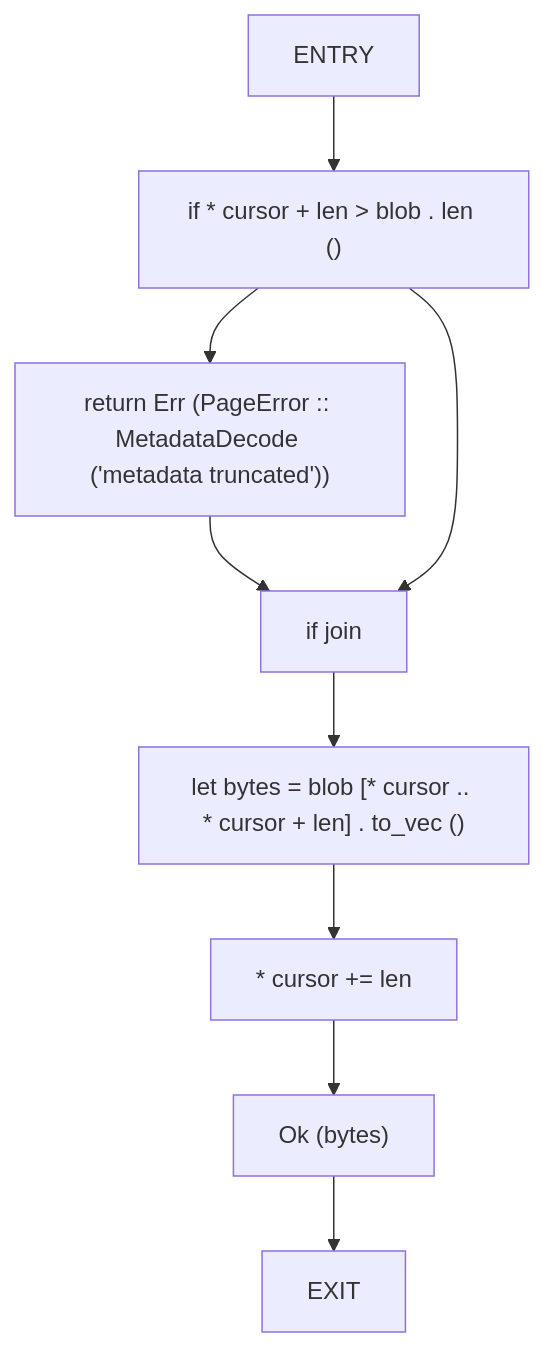
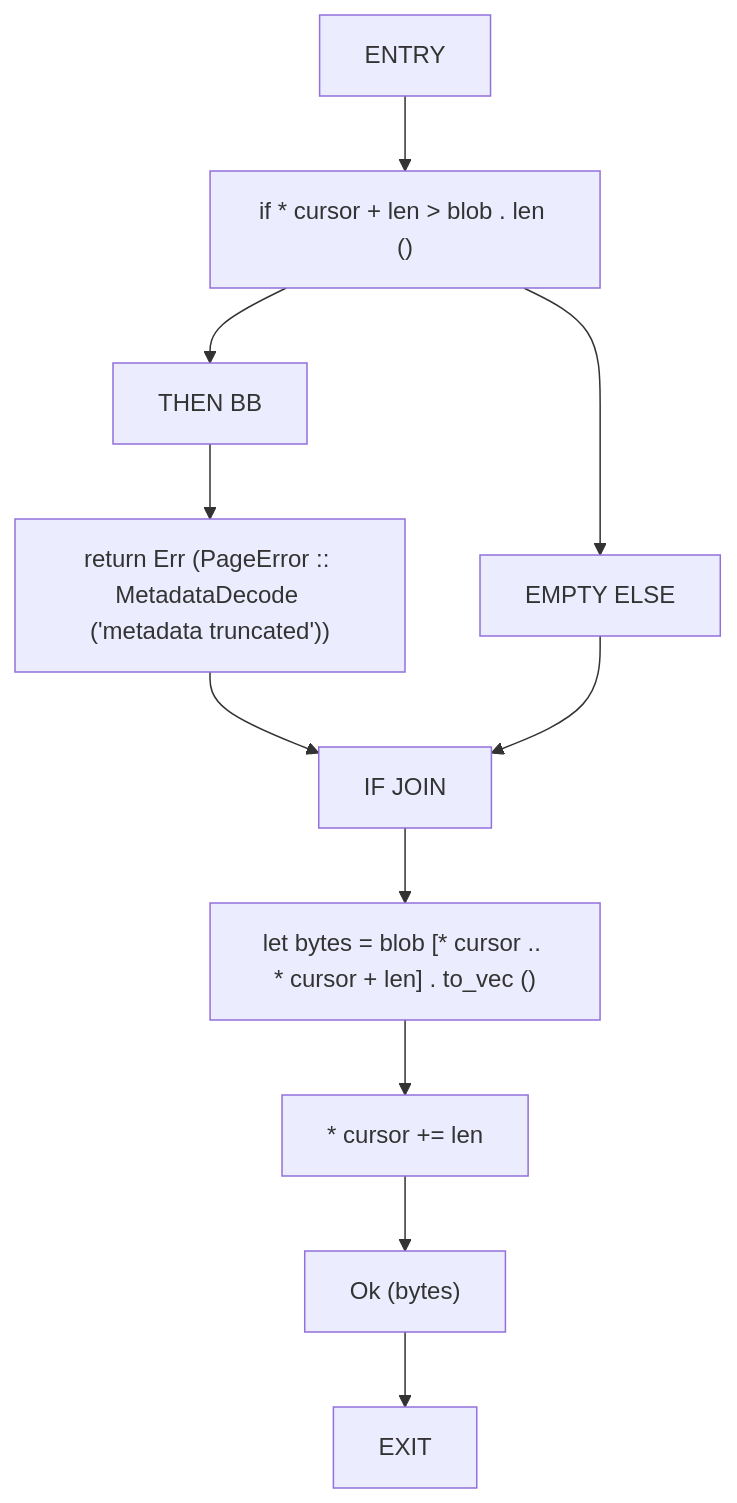
Diagram 24 of 40 in docs/analysis/cfg/010-src-01_page.md (cicero-violate/MMSB), drawn with Mermaid before and after one commit. The commit also changed other lines of this file and 865 other files, not shown here.

````diff
--- a/docs/analysis/cfg/010-src-01_page.md
+++ b/docs/analysis/cfg/010-src-01_page.md
@@ -959,19 +635,23 @@
 ```mermaid
 flowchart TD
     read_bytes_0["ENTRY"]
     read_bytes_1["if * cursor + len > blob . len ()"]
-    read_bytes_2["return Err (PageError :: MetadataDecode ('metadata truncated'))"]
-    read_bytes_3["if join"]
-    read_bytes_4["let bytes = blob [* cursor .. * cursor + len] . to_vec ()"]
-    read_bytes_5["* cursor += len"]
-    read_bytes_6["Ok (bytes)"]
-    read_bytes_7["EXIT"]
+    read_bytes_2["THEN BB"]
+    read_bytes_3["return Err (PageError :: MetadataDecode ('metadata truncated'))"]
+    read_bytes_4["EMPTY ELSE"]
+    read_bytes_5["IF JOIN"]
+    read_bytes_6["let bytes = blob [* cursor .. * cursor + len] . to_vec ()"]
+    read_bytes_7["* cursor += len"]
+    read_bytes_8["Ok (bytes)"]
+    read_bytes_9["EXIT"]
     read_bytes_0 --> read_bytes_1
     read_bytes_1 --> read_bytes_2
     read_bytes_2 --> read_bytes_3
-    read_bytes_1 --> read_bytes_3
-    read_bytes_3 --> read_bytes_4
+    read_bytes_1 --> read_bytes_4
+    read_bytes_3 --> read_bytes_5
     read_bytes_4 --> read_bytes_5
     read_bytes_5 --> read_bytes_6
     read_bytes_6 --> read_bytes_7
+    read_bytes_7 --> read_bytes_8
+    read_bytes_8 --> read_bytes_9
 ```
````
